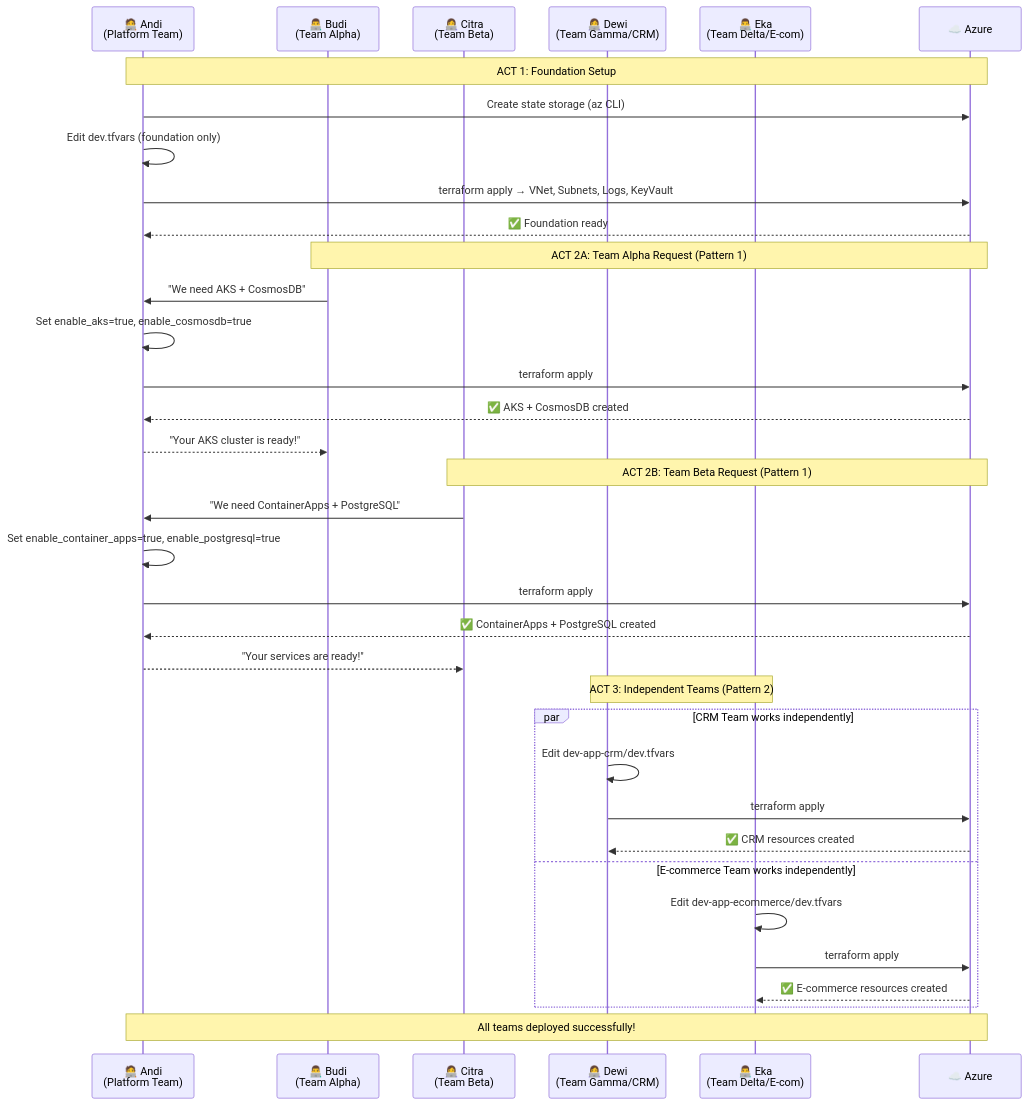
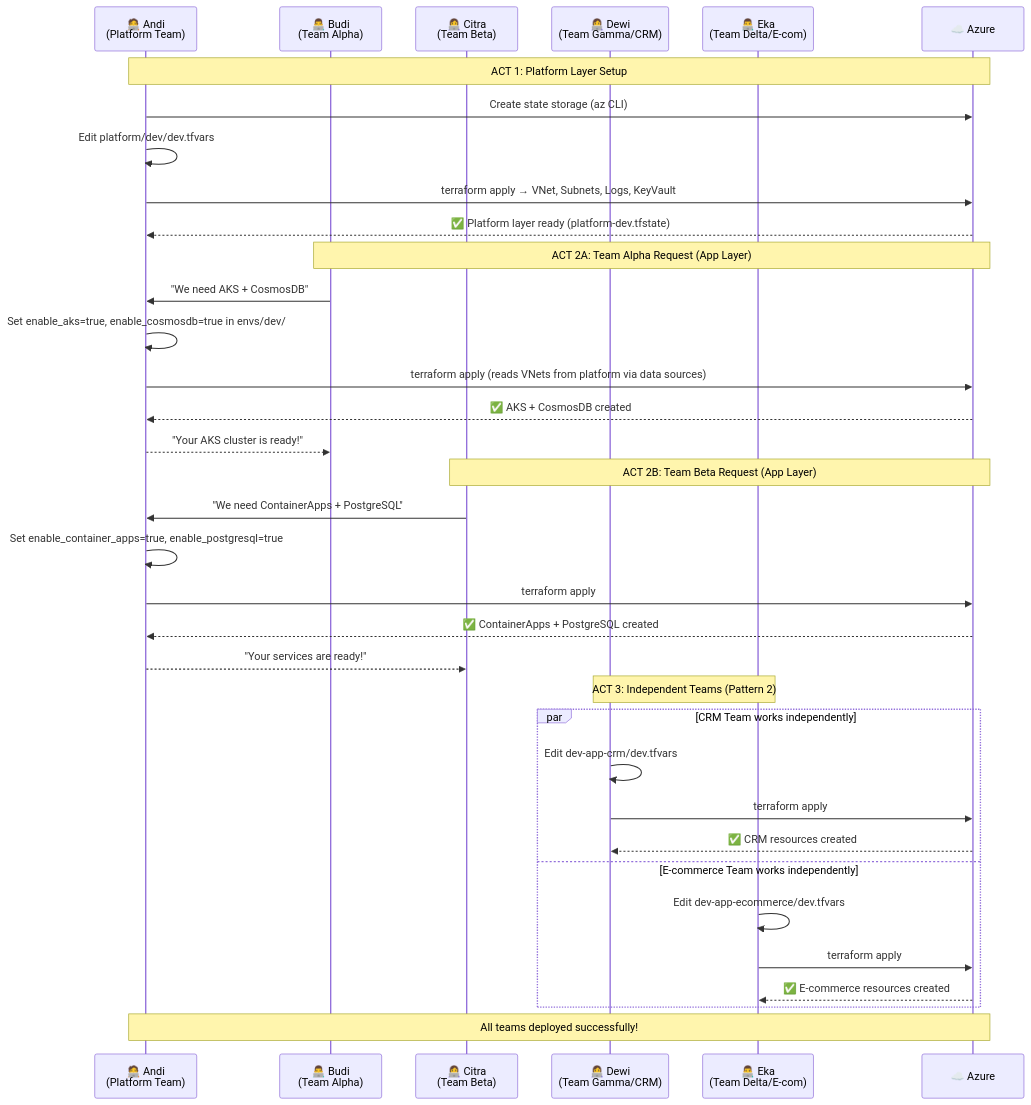
The third of 10 diagrams in docs/demo/06-DIAGRAMS.md (sandy-gunawan/demoterraform), drawn with Mermaid before and after one commit. The commit also changed other lines of this file and 42 other files, not shown here.

````diff
--- a/docs/demo/06-DIAGRAMS.md
+++ b/docs/demo/06-DIAGRAMS.md
@@ -115,43 +123,43 @@
 ```mermaid
 sequenceDiagram
     participant Andi as 🧑‍💻 Andi<br/>(Platform Team)
     participant Budi as 👨‍💻 Budi<br/>(Team Alpha)
     participant Citra as 👩‍💻 Citra<br/>(Team Beta)
     participant Dewi as 👩‍💻 Dewi<br/>(Team Gamma/CRM)
     participant Eka as 👨‍💻 Eka<br/>(Team Delta/E-com)
     participant Azure as ☁️ Azure
 
-    Note over Andi,Azure: ACT 1: Foundation Setup
+    Note over Andi,Azure: ACT 1: Platform Layer Setup
     Andi->>Azure: Create state storage (az CLI)
-    Andi->>Andi: Edit dev.tfvars (foundation only)
+    Andi->>Andi: Edit platform/dev/dev.tfvars
     Andi->>Azure: terraform apply → VNet, Subnets, Logs, KeyVault
-    Azure-->>Andi: ✅ Foundation ready
+    Azure-->>Andi: ✅ Platform layer ready (platform-dev.tfstate)
 
-    Note over Budi,Azure: ACT 2A: Team Alpha Request (Pattern 1)
+    Note over Budi,Azure: ACT 2A: Team Alpha Request (App Layer)
     Budi->>Andi: "We need AKS + CosmosDB"
-    Andi->>Andi: Set enable_aks=true, enable_cosmosdb=true
-    Andi->>Azure: terraform apply
+    Andi->>Andi: Set enable_aks=true, enable_cosmosdb=true in envs/dev/
+    Andi->>Azure: terraform apply (reads VNets from platform via data sources)
     Azure-->>Andi: ✅ AKS + CosmosDB created
     Andi-->>Budi: "Your AKS cluster is ready!"
 
-    Note over Citra,Azure: ACT 2B: Team Beta Request (Pattern 1)
+    Note over Citra,Azure: ACT 2B: Team Beta Request (App Layer)
     Citra->>Andi: "We need ContainerApps + PostgreSQL"
     Andi->>Andi: Set enable_container_apps=true, enable_postgresql=true
     Andi->>Azure: terraform apply
     Azure-->>Andi: ✅ ContainerApps + PostgreSQL created
     Andi-->>Citra: "Your services are ready!"
 
     Note over Dewi,Eka: ACT 3: Independent Teams (Pattern 2)
     
     par CRM Team works independently
         Dewi->>Dewi: Edit dev-app-crm/dev.tfvars
         Dewi->>Azure: terraform apply
         Azure-->>Dewi: ✅ CRM resources created
     and E-commerce Team works independently
         Eka->>Eka: Edit dev-app-ecommerce/dev.tfvars
         Eka->>Azure: terraform apply
         Azure-->>Eka: ✅ E-commerce resources created
     end
 
     Note over Andi,Azure: All teams deployed successfully!
 ```
````
